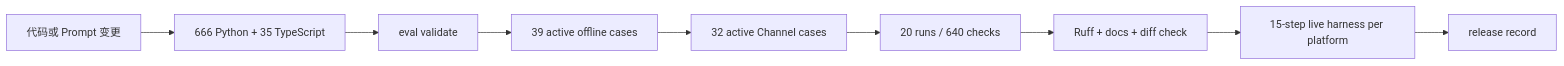
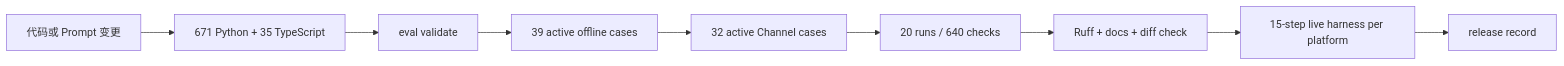
One commit to NEDONION/lobster0 changed the diagram in docs/evals/README.md. Above: the diagram before and after it, drawn with Mermaid. The commit also changed other lines of this file and 36 other files, not shown here.

````diff
--- a/docs/evals/README.md
+++ b/docs/evals/README.md
@@ -18,11 +18,11 @@
 ```mermaid
 flowchart LR
-    CHANGE["代码或 Prompt 变更"] --> UNIT["666 Python + 35 TypeScript"]
+    CHANGE["代码或 Prompt 变更"] --> UNIT["671 Python + 35 TypeScript"]
     UNIT --> VALIDATE["eval validate"]
     VALIDATE --> OFFLINE["39 active offline cases"]
     OFFLINE --> CHANNEL["32 active Channel cases"]
     CHANNEL --> SOAK["20 runs / 640 checks"]
     SOAK --> RUFF["Ruff + docs + diff check"]
     RUFF --> LIVE["15-step live harness per platform"]
     LIVE --> RECORD["release record"]
 ```
````
